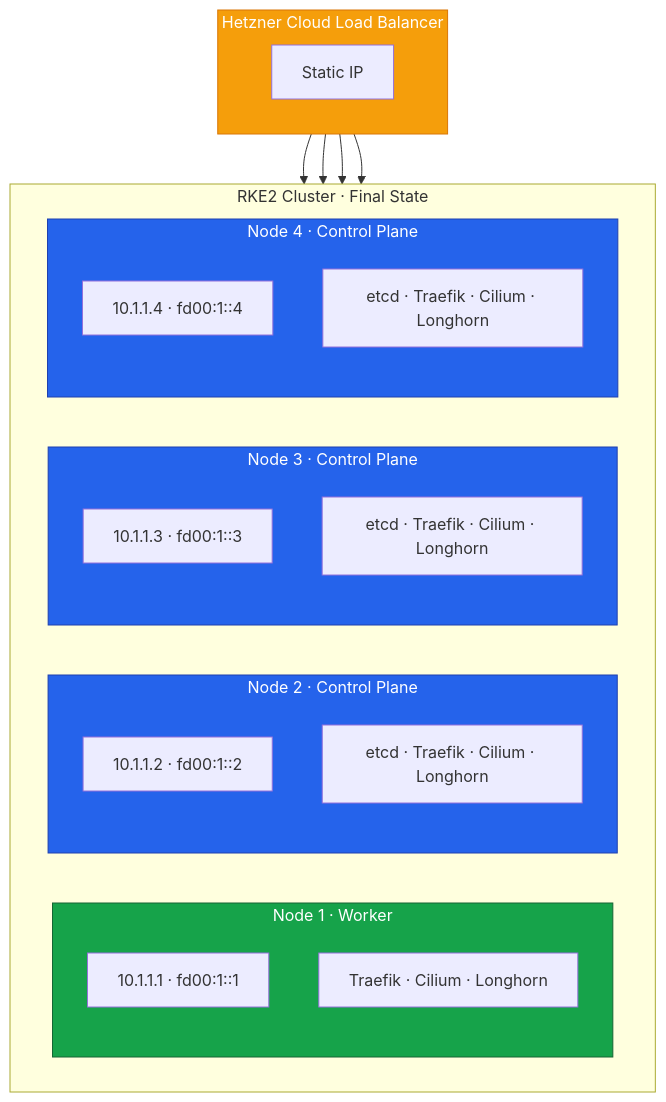
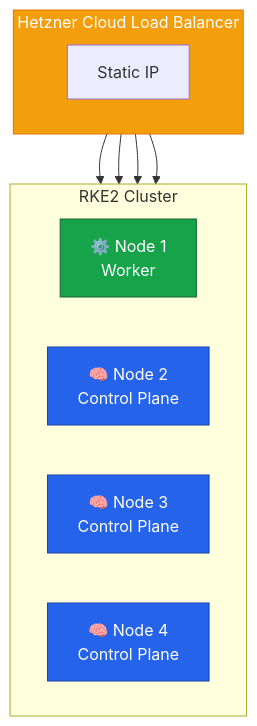
The diagram in guides/migrating-k3s-to-rke2-without-downtime/lesson-25.md (philprime/philprime.dev), drawn with Mermaid before and after one commit. The commit also changed other lines of this file and 15 other files, not shown here.

````diff
--- a/guides/migrating-k3s-to-rke2-without-downtime/lesson-25.md
+++ b/guides/migrating-k3s-to-rke2-without-downtime/lesson-25.md
@@ -23,43 +24,27 @@
 ```mermaid!
 flowchart TB
   subgraph LB["Hetzner Cloud Load Balancer"]
     LBInfo["Static IP"]
   end
 
-  subgraph Cluster["RKE2 Cluster · Final State"]
+  subgraph Cluster["RKE2 Cluster"]
     direction LR
-
-    subgraph N1["Node 1 · Worker"]
-      N1IP["10.1.1.1 · fd00:1::1"]
-      N1C["Traefik · Cilium · Longhorn"]
-    end
-
-    subgraph N2["Node 2 · Control Plane"]
-      N2IP["10.1.1.2 · fd00:1::2"]
-      N2C["etcd · Traefik · Cilium · Longhorn"]
-    end
-
-    subgraph N3["Node 3 · Control Plane"]
-      N3IP["10.1.1.3 · fd00:1::3"]
-      N3C["etcd · Traefik · Cilium · Longhorn"]
-    end
-
-    subgraph N4["Node 4 · Control Plane"]
-      N4IP["10.1.1.4 · fd00:1::4"]
-      N4C["etcd · Traefik · Cilium · Longhorn"]
-    end
+    N1["⚙️ Node 1<br/>Worker"]
+    N2["🧠 Node 2<br/>Control Plane"]
+    N3["🧠 Node 3<br/>Control Plane"]
+    N4["🧠 Node 4<br/>Control Plane"]
   end
 
   LB --> N1
   LB --> N2
   LB --> N3
   LB --> N4
 
   classDef lb fill:#f59e0b,color:#fff,stroke:#d97706
   classDef worker fill:#16a34a,color:#fff,stroke:#166534
   classDef cp fill:#2563eb,color:#fff,stroke:#1e40af
 
   class LB lb
   class N1 worker
   class N2,N3,N4 cp
 ```
````
